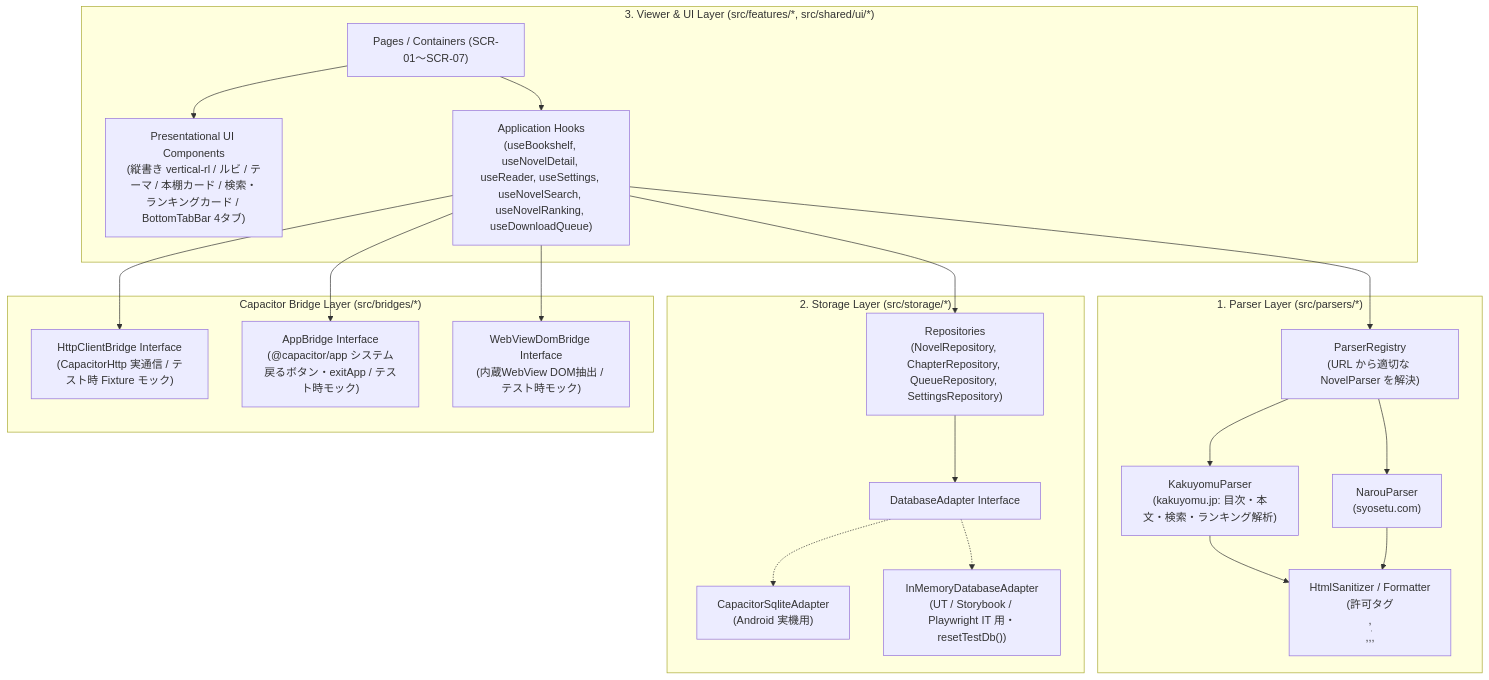
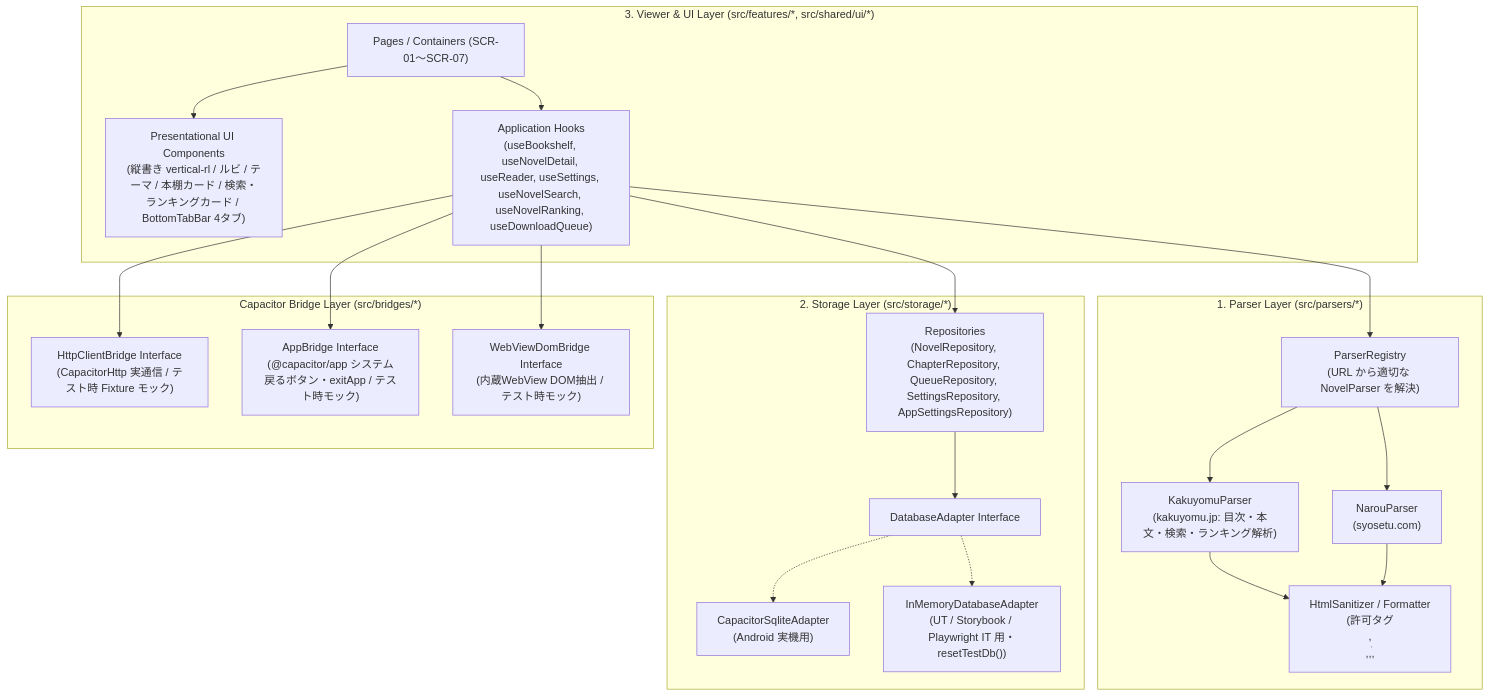
The diagram in docs/specs/architecture.md (high-soar/Yommy), drawn with Mermaid before and after one commit. The commit also changed other lines of this file and 9 other files, not shown here.

````diff
--- a/docs/specs/architecture.md
+++ b/docs/specs/architecture.md
@@ -56,43 +57,43 @@
 ```mermaid
 flowchart TB
     subgraph UILayer ["3. Viewer & UI Layer (src/features/*, src/shared/ui/*)"]
         Pages["Pages / Containers (SCR-01〜SCR-07)"]
         Components["Presentational UI Components<br>(縦書き vertical-rl / ルビ / テーマ / 本棚カード / 検索・ランキングカード / BottomTabBar 4タブ)"]
         Hooks["Application Hooks<br>(useBookshelf, useNovelDetail, useReader, useSettings, useNovelSearch, useNovelRanking, useDownloadQueue)"]
         Pages --> Components
         Pages --> Hooks
     end
 
     subgraph ParserLayer ["1. Parser Layer (src/parsers/*)"]
         Registry["ParserRegistry<br>(URL から適切な NovelParser を解決)"]
         Kakuyomu["KakuyomuParser<br>(kakuyomu.jp: 目次・本文・検索・ランキング解析)"]
         Narou["NarouParser<br>(syosetu.com)"]
         Sanitizer["HtmlSanitizer / Formatter<br>(許可タグ <p>,<br>,<ruby>,<rb>,<rt>,<rp>,<em> のみ保持)"]
         Registry --> Kakuyomu
         Registry --> Narou
         Kakuyomu --> Sanitizer
         Narou --> Sanitizer
     end
 
     subgraph StorageLayer ["2. Storage Layer (src/storage/*)"]
-        Repos["Repositories<br>(NovelRepository, ChapterRepository, QueueRepository, SettingsRepository)"]
+        Repos["Repositories<br>(NovelRepository, ChapterRepository, QueueRepository, SettingsRepository, AppSettingsRepository)"]
         DbAdapter["DatabaseAdapter Interface"]
         SqliteImpl["CapacitorSqliteAdapter<br>(Android 実機用)"]
         MemImpl["InMemoryDatabaseAdapter<br>(UT / Storybook / Playwright IT 用・resetTestDb())"]
         Repos --> DbAdapter
         DbAdapter -.-> SqliteImpl
         DbAdapter -.-> MemImpl
     end
 
     subgraph BridgeLayer ["Capacitor Bridge Layer (src/bridges/*)"]
         HttpBridge["HttpClientBridge Interface<br>(CapacitorHttp 実通信 / テスト時 Fixture モック)"]
         AppBridge["AppBridge Interface<br>(@capacitor/app システム戻るボタン・exitApp / テスト時モック)"]
         WebViewBridge["WebViewDomBridge Interface<br>(内蔵WebView DOM抽出 / テスト時モック)"]
     end
 
     Hooks --> Registry
     Hooks --> Repos
     Hooks --> HttpBridge
     Hooks --> AppBridge
     Hooks --> WebViewBridge
 ```
````
